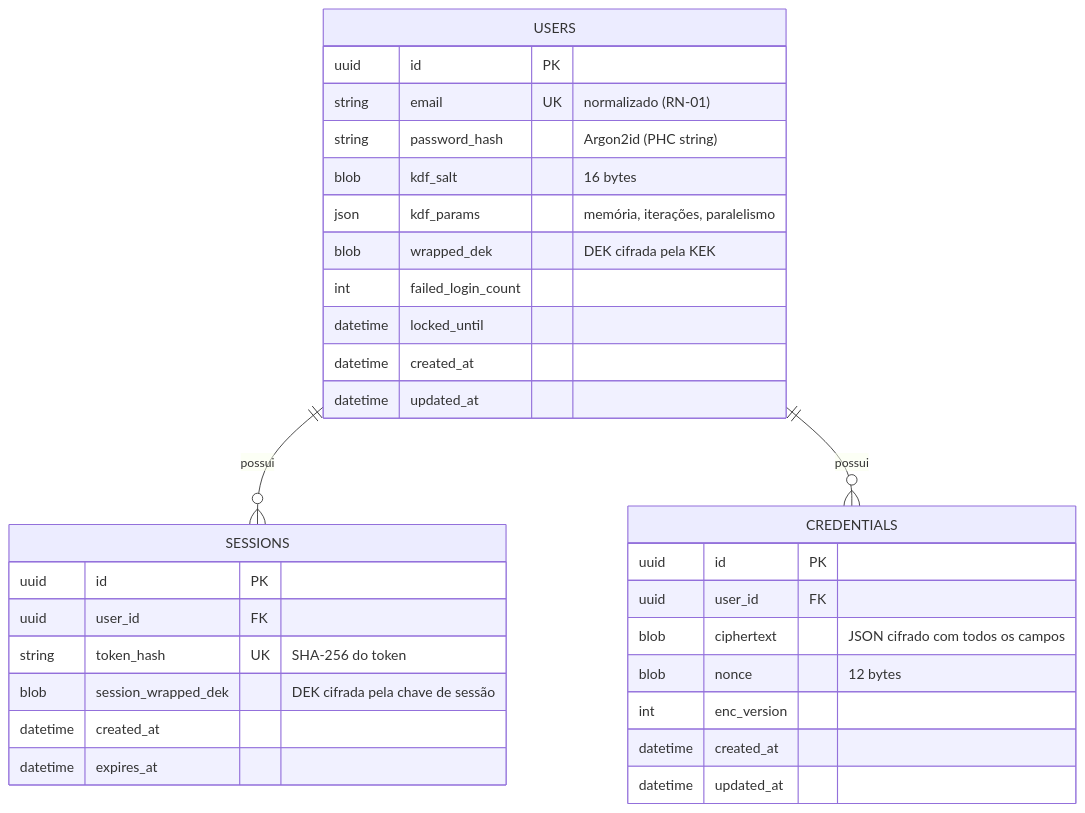
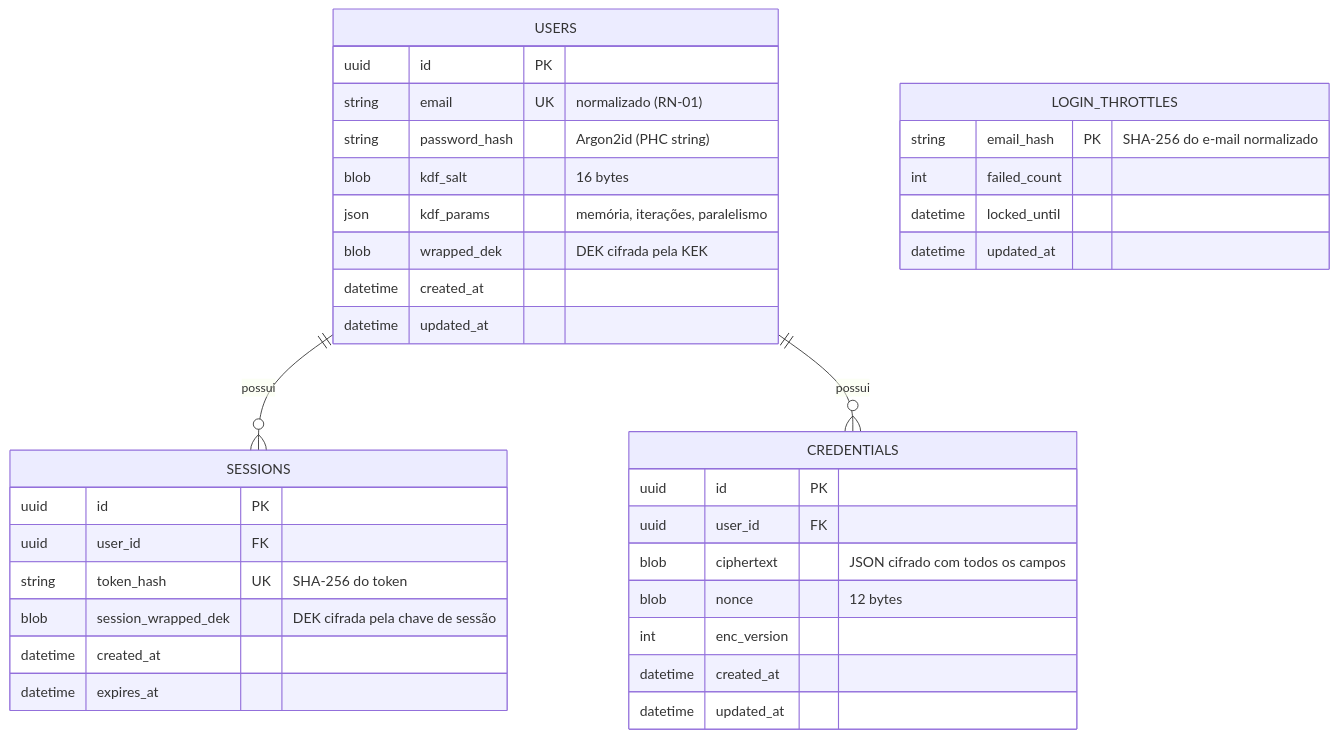
The third of 5 diagrams in docs/03-arquitetura.md (GuidaGaita/bootcamp), drawn with Mermaid before and after one commit. The commit also changed other lines of this file and 3 other files, not shown here.

First line of the commit message:
docs(seguranca): aplica bloqueio de login a qualquer e-mail

````diff
--- a/docs/03-arquitetura.md
+++ b/docs/03-arquitetura.md
@@ -98,34 +98,38 @@
 ```mermaid
 erDiagram
   USERS ||--o{ SESSIONS : "possui"
   USERS ||--o{ CREDENTIALS : "possui"
   USERS {
     uuid id PK
     string email UK "normalizado (RN-01)"
     string password_hash "Argon2id (PHC string)"
     blob kdf_salt "16 bytes"
     json kdf_params "memória, iterações, paralelismo"
     blob wrapped_dek "DEK cifrada pela KEK"
-    int failed_login_count
-    datetime locked_until
     datetime created_at
     datetime updated_at
   }
   SESSIONS {
     uuid id PK
     uuid user_id FK
     string token_hash UK "SHA-256 do token"
     blob session_wrapped_dek "DEK cifrada pela chave de sessão"
     datetime created_at
     datetime expires_at
   }
   CREDENTIALS {
     uuid id PK
     uuid user_id FK
     blob ciphertext "JSON cifrado com todos os campos"
     blob nonce "12 bytes"
     int enc_version
     datetime created_at
     datetime updated_at
   }
+  LOGIN_THROTTLES {
+    string email_hash PK "SHA-256 do e-mail normalizado"
+    int failed_count
+    datetime locked_until
+    datetime updated_at
+  }
 ```
````
